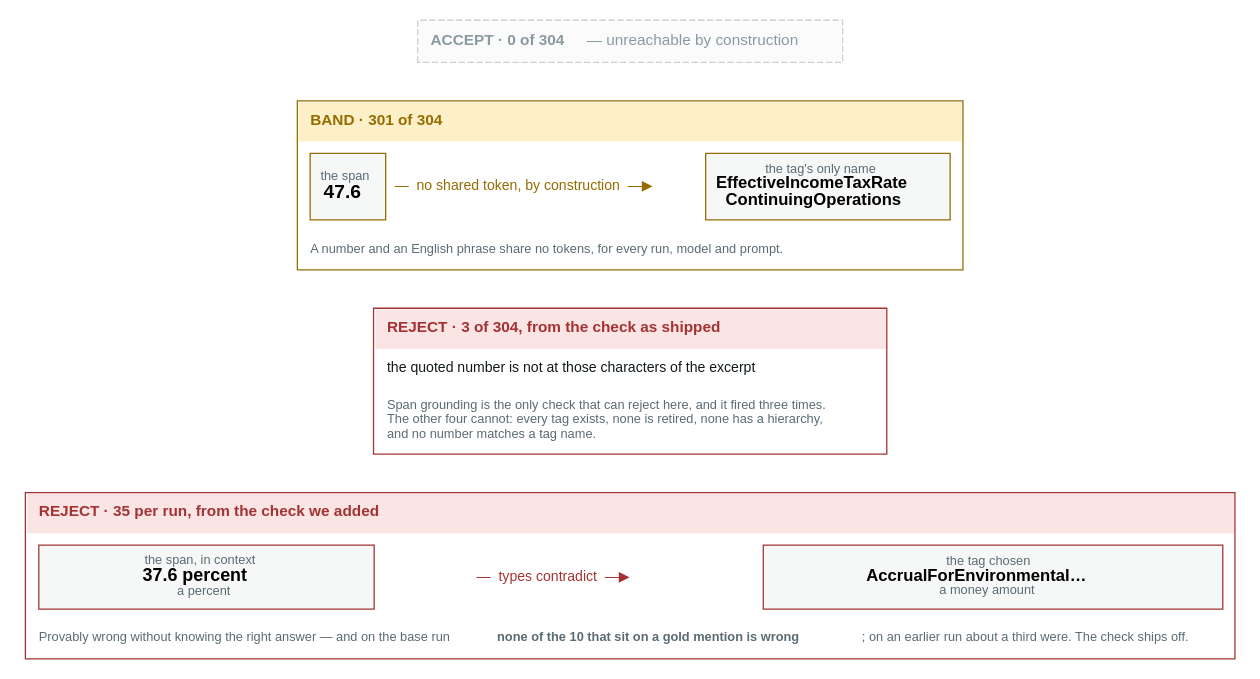
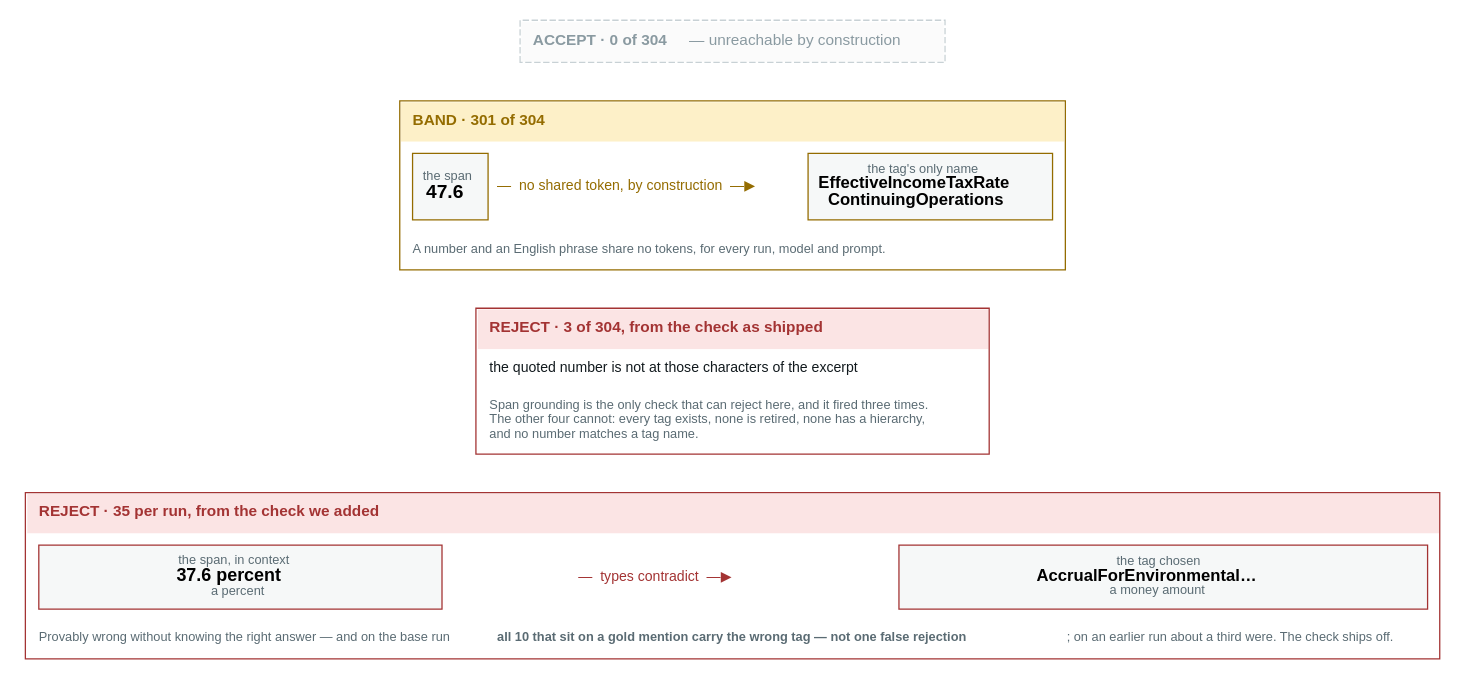
One commit to wbagais/reliability-ladder changed the diagram in docs/figures/fig4b-accept-finer.dot. Above: the diagram before and after it, drawn with Graphviz. The commit also changed 9 other files, not shown here.

Commit message:
Two-corpus article: the same audit — CADEC corrections ported; FiNER's type-check gold numbers were the test split's (dev: 89.7% typed, 2.7% false rejections), the 47.6 example was outside the dev split, 19.5→Revenues is post-vote, 12 synonyms per concept is one concept; four figures corrected

```diff
--- a/docs/figures/fig4b-accept-finer.dot
+++ b/docs/figures/fig4b-accept-finer.dot
@@ -1,47 +1,47 @@
 // What rung 1's verdicts look like on FiNER. ACCEPT is unreachable, so the two
 // live panels are BAND and REJECT — the mirror of the CADEC figure, where
 // REJECT is the empty one.
 //
 // BAND: the universal case, 301 of 304 (rerun-finer-d0). REJECT: 3 records, and span grounding is
 // the only check that can produce one here. The shape is shown rather than a
 // quoted record — the single rejection's text was not recorded, and data/finer
 // is in no checkout to recover it. The second REJECT panel shows the added type
 // check, whose fact is the one rung 2 was actually handed (decisions 2026-09-02).
 digraph accept_finer {
   rankdir=TB; bgcolor="white"; nodesep=0.28; ranksep=0.30;
   node [shape=none fontname="Helvetica" fontsize=12];
 
   acc [label=<<TABLE BORDER="1" CELLBORDER="0" CELLSPACING="0" CELLPADDING="9" COLOR="#c8d1d5" STYLE="dashed">
     <TR><TD ALIGN="LEFT" BGCOLOR="#fbfbfb"><FONT POINT-SIZE="12" COLOR="#8a9aa1"><B>ACCEPT &#183; 0 of 304</B> &#8212; unreachable by construction</FONT></TD></TR>
     </TABLE>>];
 
   band [label=<<TABLE BORDER="1" CELLBORDER="0" CELLSPACING="0" CELLPADDING="9" COLOR="#946c00">
     <TR><TD ALIGN="LEFT" BGCOLOR="#fdf0c8"><FONT POINT-SIZE="12" COLOR="#946c00"><B>BAND · 301 of 304</B></FONT></TD></TR>
     <TR><TD ALIGN="LEFT" BGCOLOR="#ffffff"><TABLE BORDER="0" CELLBORDER="1" CELLSPACING="0" CELLPADDING="7">
       <TR>
         <TD BGCOLOR="#f6f8f8"><FONT POINT-SIZE="10.5" COLOR="#5a6b73">the span</FONT><BR/><FONT POINT-SIZE="15"><B>47.6</B></FONT></TD>
         <TD BORDER="0"><FONT POINT-SIZE="11" COLOR="#946c00"> &#8212;  no shared token, by construction  &#8212;&#9654; </FONT></TD>
         <TD BGCOLOR="#f6f8f8"><FONT POINT-SIZE="10.5" COLOR="#5a6b73">the tag's only name</FONT><BR/><FONT POINT-SIZE="13"><B>EffectiveIncomeTaxRate<BR/>ContinuingOperations</B></FONT></TD>
       </TR></TABLE></TD></TR>
     <TR><TD ALIGN="LEFT" BGCOLOR="#ffffff"><FONT POINT-SIZE="10.5" COLOR="#5a6b73">A number and an English phrase share no tokens, for every run, model and prompt.</FONT></TD></TR>
     </TABLE>>];
 
   rej [label=<<TABLE BORDER="1" CELLBORDER="0" CELLSPACING="0" CELLPADDING="9" COLOR="#a33333">
     <TR><TD ALIGN="LEFT" BGCOLOR="#fbe4e4"><FONT POINT-SIZE="12" COLOR="#a33333"><B>REJECT · 3 of 304, from the check as shipped</B></FONT></TD></TR>
     <TR><TD ALIGN="LEFT" BGCOLOR="#ffffff"><FONT POINT-SIZE="11.5" COLOR="#121a1e">the quoted number is not at those characters of the excerpt</FONT></TD></TR>
     <TR><TD ALIGN="LEFT" BGCOLOR="#ffffff"><FONT POINT-SIZE="10.5" COLOR="#5a6b73">Span grounding is the only check that can reject here, and it fired three times.<BR ALIGN="LEFT"/>The other four cannot: every tag exists, none is retired, none has a hierarchy,<BR ALIGN="LEFT"/>and no number matches a tag name.</FONT><BR ALIGN="LEFT"/></TD></TR>
     </TABLE>>];
 
   rej2 [label=<<TABLE BORDER="1" CELLBORDER="0" CELLSPACING="0" CELLPADDING="9" COLOR="#a33333">
     <TR><TD ALIGN="LEFT" BGCOLOR="#fbe4e4"><FONT POINT-SIZE="12" COLOR="#a33333"><B>REJECT · 35 per run, from the check we added</B></FONT></TD></TR>
     <TR><TD ALIGN="LEFT" BGCOLOR="#ffffff"><TABLE BORDER="0" CELLBORDER="1" CELLSPACING="0" CELLPADDING="7">
       <TR>
         <TD BGCOLOR="#f6f8f8"><FONT POINT-SIZE="10.5" COLOR="#5a6b73">the span, in context</FONT><BR/><FONT POINT-SIZE="14"><B>37.6 percent</B></FONT><BR/><FONT POINT-SIZE="10.5" COLOR="#5a6b73">a percent</FONT></TD>
         <TD BORDER="0"><FONT POINT-SIZE="11" COLOR="#a33333"> &#8212;  types contradict  &#8212;&#9654; </FONT></TD>
         <TD BGCOLOR="#f6f8f8"><FONT POINT-SIZE="10.5" COLOR="#5a6b73">the tag chosen</FONT><BR/><FONT POINT-SIZE="13"><B>AccrualForEnvironmental…</B></FONT><BR/><FONT POINT-SIZE="10.5" COLOR="#5a6b73">a money amount</FONT></TD>
       </TR></TABLE></TD></TR>
-    <TR><TD ALIGN="LEFT" BGCOLOR="#ffffff"><FONT POINT-SIZE="10.5" COLOR="#5a6b73">Provably wrong without knowing the right answer &#8212; and on the base run <B>none of the 10 that sit on a gold mention is wrong</B>; on an earlier run about a third were. The check ships off.</FONT></TD></TR>
+    <TR><TD ALIGN="LEFT" BGCOLOR="#ffffff"><FONT POINT-SIZE="10.5" COLOR="#5a6b73">Provably wrong without knowing the right answer &#8212; and on the base run <B>all 10 that sit on a gold mention carry the wrong tag &#8212; not one false rejection</B>; on an earlier run about a third were. The check ships off.</FONT></TD></TR>
     </TABLE>>];
 
   acc -> band [style=invis]; band -> rej [style=invis]; rej -> rej2 [style=invis];
 }
```
